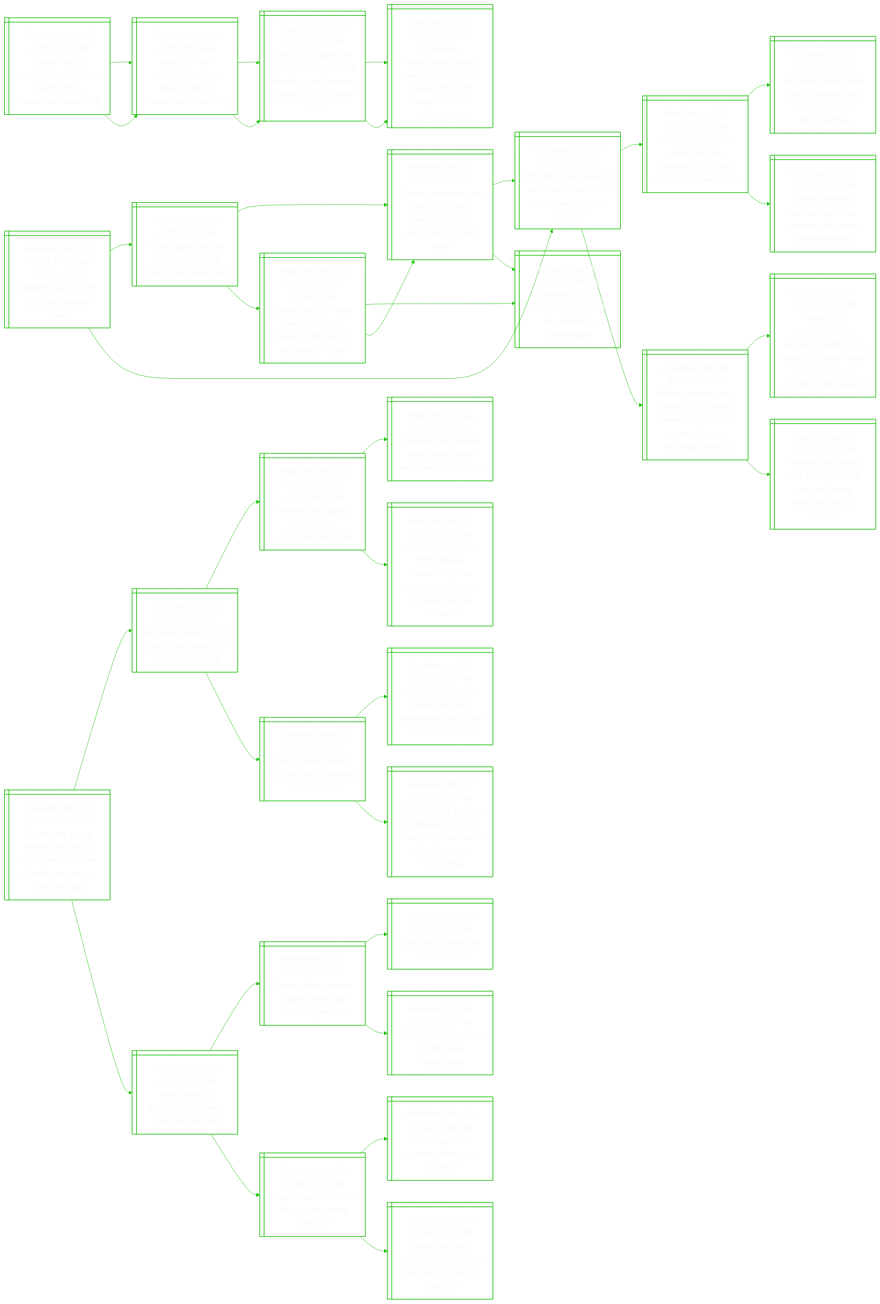
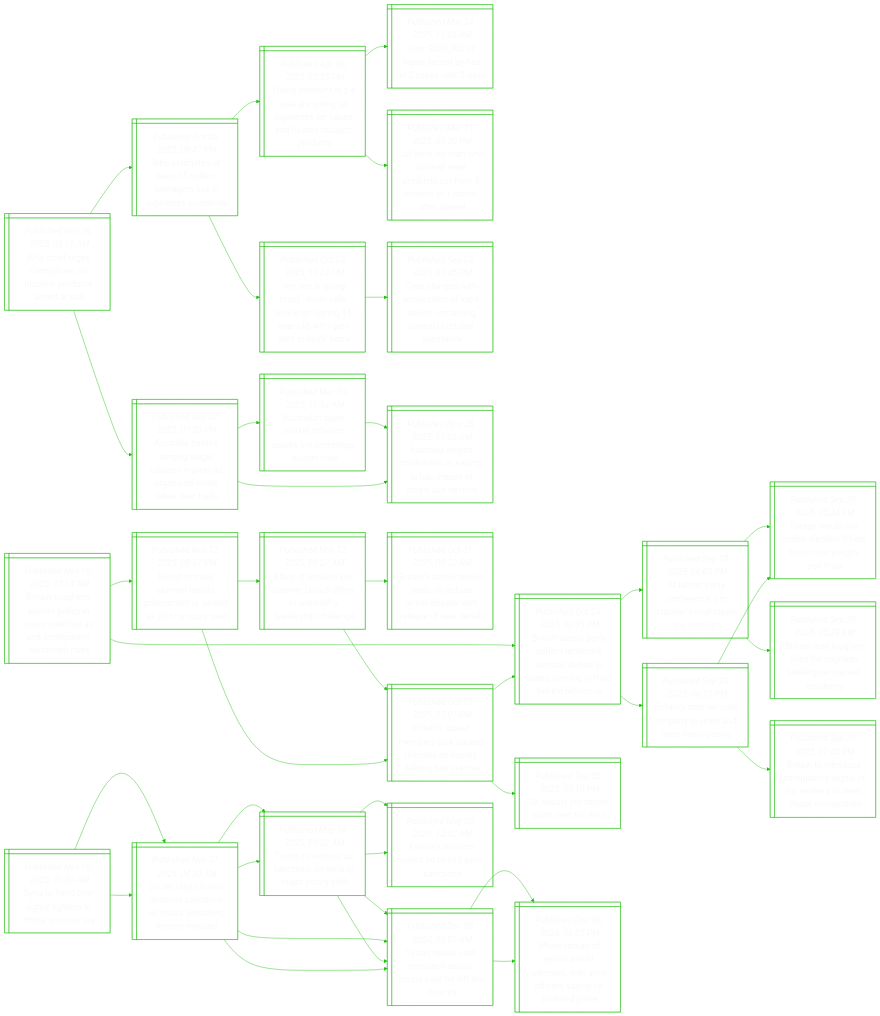
Before and after one commit to notJmes/notJmes: the diagram in README.md, drawn with Mermaid. The commit also changed other lines of this file, not shown here.

````diff
--- a/README.md
+++ b/README.md
@@ -16,118 +16,124 @@
 flowchart LR
 classDef txtsize font-size:20px;
 
-BiCrdgufia@{ shape: win-pane, label: "_Published Nov 17, 2025, 11:28 PM_
-Britain’s bbc ‘determined to fight’ trump defamation claim" }
-Tsieooieet@{ shape: win-pane, label: "_Published Nov 15, 2025, 10:09 AM_
-Trump says will sue bbc for up to $6.4 billion over video edit" }
-TttBhiwaagfio@{ shape: win-pane, label: "_Published Nov 11, 2025, 12:49 AM_
-Trump threatens bbc with $1.3 billion lawsuit as bbc apologises for edit error" }
-Bshfqfroneri@{ shape: win-pane, label: "_Published Nov 10, 2025, 02:45 AM_
-Bbc boss and head of news quit after trump documentary edit criticism" }
-SiUiinenWn@{ shape: win-pane, label: "_Published Jan 07, 2021, 12:55 PM_
-Storming of us capitol: timeline of key events in washington" }
-BiCosueoshrtaoi@{ shape: win-pane, label: "_Published Nov 14, 2025, 05:07 AM_
-Britain’s bbc apologises to trump over panorama speech edit, rejects defamation claim" }
-SiUiinenWn@{ shape: win-pane, label: "_Published Jan 07, 2021, 12:55 PM_
-Storming of us capitol: timeline of key events in washington" }
-TttBhiwaagfio@{ shape: win-pane, label: "_Published Nov 11, 2025, 12:49 AM_
-Trump threatens bbc with $1.3 billion lawsuit as bbc apologises for edit error" }
-Bshfqfroneri@{ shape: win-pane, label: "_Published Nov 10, 2025, 02:45 AM_
-Bbc boss and head of news quit after trump documentary edit criticism" }
-Gonsobhcyerws@{ shape: win-pane, label: "_Published Jul 15, 2025, 01:09 AM_
-Gaza documentary shown on bbc breached accuracy guideline, review finds" }
-UenleewBrdey@{ shape: win-pane, label: "_Published Feb 28, 2025, 11:49 PM_
-Uk government calls urgent meeting with bbc over gaza documentary" }
-IlaaiOwrrBei@{ shape: win-pane, label: "_Published Mar 26, 2025, 03:03 AM_
-Israel releases palestinian oscar winner after west bank detention" }
-BsislBsisedpsnies@{ shape: win-pane, label: "_Published Nov 09, 2025, 09:00 PM_
-British minister says claims bbc misled viewers with edited trump clips are ‘incredibly serious’" }
-TtpswoCooamdphcmvn@{ shape: win-pane, label: "_Published Jan 07, 2021, 06:21 AM_
-Trump tells protesters who stormed capitol to go home as former aides implore him to condemn the violence" }
-PoesToisiewin@{ shape: win-pane, label: "_Published Jul 02, 2025, 02:09 PM_
-Paramount settles with trump over 60 minutes harris interview for $20 million" }
+Wigawindaas@{ shape: win-pane, label: "_Published Nov 18, 2025, 03:16 AM_
+Who chief urges clampdown on nicotine products aimed at kids" }
+Wteeinauitoi@{ shape: win-pane, label: "_Published Oct 06, 2025, 08:47 PM_
+Who estimates at least 15 million teenagers use e-cigarettes worldwide" }
+YsrEavprsantbpc@{ shape: win-pane, label: "_Published Apr 08, 2025, 03:55 PM_
+Young smokers in s-e asia are giving up cigarettes for vapes and heated tobacco products" }
+OfseSavy@{ shape: win-pane, label: "_Published Mar 24, 2025, 11:05 AM_
+Over $200,000 of vapes seized by hsa in 2 cases over 2 days" }
+Jerhkpdcotmaal@{ shape: win-pane, label: "_Published Mar 21, 2025, 09:30 PM_
+Jail term for man who packed vape products cut from 8 months to 1 month after appeal" }
+Minzcpepedenom@{ shape: win-pane, label: "_Published Oct 03, 2025, 12:24 PM_
+‘my son is going crazy’: mum calls police on vaping 15-year-old, who gets sent to boys’ home" }
+Thdpsoectnnrese@{ shape: win-pane, label: "_Published Sep 03, 2025, 03:45 PM_
+Teen charged with possession of vape device containing cannabis-related substance" }
+Aaasiltckoirava@{ shape: win-pane, label: "_Published Nov 07, 2025, 07:30 PM_
+Australia battles surging illegal tobacco market as organised crime takes over trade" }
+Aabmtcaimsee@{ shape: win-pane, label: "_Published Mar 30, 2025, 11:54 AM_
+Australian black market tobacco sparks fire bombings, budget hole" }
+Aaecdnnaosees@{ shape: win-pane, label: "_Published Nov 28, 2023, 11:05 AM_
+Australia begins crackdown on vaping, to ban import of single-use devices" }
+Aaecdnnaosees@{ shape: win-pane, label: "_Published Nov 28, 2023, 11:05 AM_
+Australia begins crackdown on vaping, to ban import of single-use devices" }
 
-BiCrdgufia:::txtsize --> Tsieooieet:::txtsize
-Tsieooieet:::txtsize --> TttBhiwaagfio:::txtsize
-TttBhiwaagfio:::txtsize --> Bshfqfroneri:::txtsize
-TttBhiwaagfio:::txtsize --> SiUiinenWn:::txtsize
-Tsieooieet:::txtsize --> BiCosueoshrtaoi:::txtsize
-BiCosueoshrtaoi:::txtsize --> SiUiinenWn:::txtsize
-BiCosueoshrtaoi:::txtsize --> TttBhiwaagfio:::txtsize
-BiCrdgufia:::txtsize --> Bshfqfroneri:::txtsize
-Bshfqfroneri:::txtsize --> Gonsobhcyerws:::txtsize
-Gonsobhcyerws:::txtsize --> UenleewBrdey:::txtsize
-Gonsobhcyerws:::txtsize --> IlaaiOwrrBei:::txtsize
-Bshfqfroneri:::txtsize --> BsislBsisedpsnies:::txtsize
-BsislBsisedpsnies:::txtsize --> TtpswoCooamdphcmvn:::txtsize
-BsislBsisedpsnies:::txtsize --> PoesToisiewin:::txtsize
+Wigawindaas:::txtsize --> Wteeinauitoi:::txtsize
+Wteeinauitoi:::txtsize --> YsrEavprsantbpc:::txtsize
+YsrEavprsantbpc:::txtsize --> OfseSavy:::txtsize
+YsrEavprsantbpc:::txtsize --> Jerhkpdcotmaal:::txtsize
+Wteeinauitoi:::txtsize --> Minzcpepedenom:::txtsize
+Minzcpepedenom:::txtsize --> Thdpsoectnnrese:::txtsize
+Wigawindaas:::txtsize --> Aaasiltckoirava:::txtsize
+Aaasiltckoirava:::txtsize --> Aabmtcaimsee:::txtsize
+Aabmtcaimsee:::txtsize --> Aaecdnnaosees:::txtsize
+Aaasiltckoirava:::txtsize --> Aaecdnnaosees:::txtsize
 
-Eniaoottopdo@{ shape: win-pane, label: "_Published Nov 17, 2025, 11:21 PM_
-Eleven held in istanbul over tourists’ deaths from suspected poisoning" }
-Ibtaeerdscoi@{ shape: win-pane, label: "_Published Nov 16, 2025, 05:14 AM_
-Istanbul hotel evacuated after 3 tourists die of suspected poisoning" }
-Outosgsewhtihh@{ shape: win-pane, label: "_Published Nov 10, 2025, 04:08 PM_
-Over 200 suspected food poisoning cases linked to two banh mi outlets in ho chi minh city" }
-Ienisfeineedflis@{ shape: win-pane, label: "_Published Oct 30, 2025, 10:25 AM_
-Indonesia investigates more free-meal poisoning cases after 700 students fall ill, official says" }
-Ibtaeerdscoi@{ shape: win-pane, label: "_Published Nov 16, 2025, 05:14 AM_
-Istanbul hotel evacuated after 3 tourists die of suspected poisoning" }
-Outosgsewhtihh@{ shape: win-pane, label: "_Published Nov 10, 2025, 04:08 PM_
-Over 200 suspected food poisoning cases linked to two banh mi outlets in ho chi minh city" }
-Ienisfeineedflis@{ shape: win-pane, label: "_Published Oct 30, 2025, 10:25 AM_
-Indonesia investigates more free-meal poisoning cases after 700 students fall ill, official says" }
+Bigamcavunmtees@{ shape: win-pane, label: "_Published Nov 18, 2025, 02:14 AM_
+Britain toughens asylum policy in major overhaul as anti-immigration sentiment rises" }
+BsorflaenaaoirifK@{ shape: win-pane, label: "_Published Oct 24, 2025, 03:35 PM_
+British labour party suffers landmark election defeat in wales, coming in third behind reform uk" }
+AornnSevehet@{ shape: win-pane, label: "_Published Sep 29, 2025, 06:03 PM_
+At labour party conference, pm starmer’s rival steals the limelight" }
+Fedrhtftruon@{ shape: win-pane, label: "_Published Sep 26, 2025, 05:34 PM_
+Farage would win british election if held tomorrow, yougov poll finds" }
+Biteemnepnen@{ shape: win-pane, label: "_Published Sep 29, 2025, 05:38 AM_
+Britain may toughen rules for migrants seeking permanent residency" }
+Biacotnnpln@{ shape: win-pane, label: "_Published Sep 28, 2025, 06:13 PM_
+Britain’s starmer calls on party to unite and ‘stop navel-gazing’" }
+BinumogIwrellgo@{ shape: win-pane, label: "_Published Sep 26, 2025, 02:42 PM_
+Britain to introduce compulsory digital id for workers to deter illegal immigration" }
+Fedrhtftruon@{ shape: win-pane, label: "_Published Sep 26, 2025, 05:34 PM_
+Farage would win british election if held tomorrow, yougov poll finds" }
+Bseaitennatui@{ shape: win-pane, label: "_Published Nov 12, 2025, 08:37 PM_
+British pm keir starmer insists government is ‘united’ as plot rumours swirl" }
+AsisSenfooeshn@{ shape: win-pane, label: "_Published Nov 12, 2025, 08:27 AM_
+Allies of britain’s keir starmer launch effort to ward off a leadership challenge" }
+Bicestuniersea@{ shape: win-pane, label: "_Published Oct 31, 2025, 08:32 AM_
+Britain’s rachel reeves seeks to defuse rental dispute with release of new details" }
+Bibessdsstyea@{ shape: win-pane, label: "_Published Oct 25, 2025, 07:01 PM_
+Britain’s labour members pick sacked minister as deputy, defying keir starmer" }
+Bibessdsstyea@{ shape: win-pane, label: "_Published Oct 25, 2025, 07:01 PM_
+Britain’s labour members pick sacked minister as deputy, defying keir starmer" }
+UuRrstr@{ shape: win-pane, label: "_Published Sep 05, 2025, 07:10 PM_
+Uk deputy pm rayner quits over tax error" }
+BsorflaenaaoirifK@{ shape: win-pane, label: "_Published Oct 24, 2025, 03:35 PM_
+British labour party suffers landmark election defeat in wales, coming in third behind reform uk" }
 
-Eniaoottopdo:::txtsize --> Ibtaeerdscoi:::txtsize
-Ibtaeerdscoi:::txtsize --> Outosgsewhtihh:::txtsize
-Outosgsewhtihh:::txtsize --> Ienisfeineedflis:::txtsize
-Eniaoottopdo:::txtsize --> Ibtaeerdscoi:::txtsize
-Ibtaeerdscoi:::txtsize --> Outosgsewhtihh:::txtsize
-Outosgsewhtihh:::txtsize --> Ienisfeineedflis:::txtsize
+Bigamcavunmtees:::txtsize --> BsorflaenaaoirifK:::txtsize
+BsorflaenaaoirifK:::txtsize --> AornnSevehet:::txtsize
+AornnSevehet:::txtsize --> Fedrhtftruon:::txtsize
+AornnSevehet:::txtsize --> Biteemnepnen:::txtsize
+BsorflaenaaoirifK:::txtsize --> Biacotnnpln:::txtsize
+Biacotnnpln:::txtsize --> BinumogIwrellgo:::txtsize
+Biacotnnpln:::txtsize --> Fedrhtftruon:::txtsize
+Bigamcavunmtees:::txtsize --> Bseaitennatui:::txtsize
+Bseaitennatui:::txtsize --> AsisSenfooeshn:::txtsize
+AsisSenfooeshn:::txtsize --> Bicestuniersea:::txtsize
+AsisSenfooeshn:::txtsize --> Bibessdsstyea:::txtsize
+Bseaitennatui:::txtsize --> Bibessdsstyea:::txtsize
+Bibessdsstyea:::txtsize --> UuRrstr:::txtsize
+Bibessdsstyea:::txtsize --> BsorflaenaaoirifK:::txtsize
 
-SaoaBlieiedossa@{ shape: win-pane, label: "_Published Nov 17, 2025, 09:37 PM_
-Spain aims to cut madrid-barcelona high speed rail time to under two hours, minister says" }
-EtauiodFfe@{ shape: win-pane, label: "_Published Jun 11, 2025, 07:04 AM_
-Eurostar plans 5-hour trains from london to frankfurt, geneva" }
-Lroinnrsacw@{ shape: win-pane, label: "_Published Feb 16, 2025, 02:35 PM_
-Late trains, old bridges, no signal: germany's infrastructure woes" }
-Gnnemrrhere@{ shape: win-pane, label: "_Published Jan 24, 2024, 03:20 PM_
-German train drivers ramp up pressure with longest strike yet" }
-sfldseisrtortap@{ shape: win-pane, label: "_Published Apr 20, 2023, 06:23 AM_
-100,000 set to face flight delays, cancellations as security staff go on strike at german airports" }
-CttstreFe@{ shape: win-pane, label: "_Published May 18, 2025, 10:30 AM_
-Cat on train tracks? 20 minutes to retrieve it, france says" }
-Fhotntalarvtd@{ shape: win-pane, label: "_Published Jul 04, 2023, 10:55 PM_
-French rail operator fined after train deliberately runs over cat named neko" }
-PtdologsttsMtni@{ shape: win-pane, label: "_Published Mar 27, 2025, 08:00 AM_
-Pet cats and dogs to be allowed on hong kong’s light rail trains from may in two-month trial" }
-Miorieadi@{ shape: win-pane, label: "_Published Aug 11, 2025, 08:07 AM_
-Man clings to austrian high-speed train and survives" }
-Tdelrtarim@{ shape: win-pane, label: "_Published Jul 28, 2025, 03:25 AM_
-Three dead, several injured after train derails in germany" }
-Trtntkn@{ shape: win-pane, label: "_Published Aug 04, 2023, 07:20 PM_
-Thai freight train hits truck, killing 8" }
-Tlnddare@{ shape: win-pane, label: "_Published Jul 30, 2024, 02:40 PM_
-Two killed, 20 injured in india train derailment" }
-Ctckfnst@{ shape: win-pane, label: "_Published Jun 06, 2024, 09:14 AM_
-Czech train crash kills four, injures more than 20" }
-SieuAtcs@{ shape: win-pane, label: "_Published May 11, 2024, 02:06 AM_
-Sixty injured in buenos aires train collision" }
-Ctalonsluutt@{ shape: win-pane, label: "_Published Jan 05, 2024, 11:15 AM_
-Commuter train collision in indonesia kills four, injures at least 42" }
+StdUrtoacy@{ shape: win-pane, label: "_Published Nov 18, 2025, 01:40 AM_
+Syria to hand over uighur fighters to china, sources say" }
+UuCioaoSsiiinr@{ shape: win-pane, label: "_Published Nov 07, 2025, 04:30 AM_
+Un security council removes sanctions on syria’s president, interior minister" }
+Ttosinajlh@{ shape: win-pane, label: "_Published May 14, 2025, 01:02 AM_
+Trump to remove us sanctions on syria in major policy shift" }
+SnltiARahtoy@{ shape: win-pane, label: "_Published Dec 08, 2024, 08:51 AM_
+Syrian rebels oust president assad; russia says he left the country" }
+FerntSsi@{ shape: win-pane, label: "_Published May 08, 2025, 12:42 AM_
+France’s macron wants eu to end syria sanctions" }
+SnltiARahtoy@{ shape: win-pane, label: "_Published Dec 08, 2024, 08:51 AM_
+Syrian rebels oust president assad; russia says he left the country" }
+Wasrsnnafriben@{ shape: win-pane, label: "_Published Dec 08, 2024, 06:07 PM_
+Whereabouts of syria's assad unknown, with army officers saying he boarded plane" }
+UuCioaoSsiiinr@{ shape: win-pane, label: "_Published Nov 07, 2025, 04:30 AM_
+Un security council removes sanctions on syria’s president, interior minister" }
+Ttosinajlh@{ shape: win-pane, label: "_Published May 14, 2025, 01:02 AM_
+Trump to remove us sanctions on syria in major policy shift" }
+SnltiARahtoy@{ shape: win-pane, label: "_Published Dec 08, 2024, 08:51 AM_
+Syrian rebels oust president assad; russia says he left the country" }
+FerntSsi@{ shape: win-pane, label: "_Published May 08, 2025, 12:42 AM_
+France’s macron wants eu to end syria sanctions" }
+SnltiARahtoy@{ shape: win-pane, label: "_Published Dec 08, 2024, 08:51 AM_
+Syrian rebels oust president assad; russia says he left the country" }
+Wasrsnnafriben@{ shape: win-pane, label: "_Published Dec 08, 2024, 06:07 PM_
+Whereabouts of syria's assad unknown, with army officers saying he boarded plane" }
 
-SaoaBlieiedossa:::txtsize --> EtauiodFfe:::txtsize
-EtauiodFfe:::txtsize --> Lroinnrsacw:::txtsize
-Lroinnrsacw:::txtsize --> Gnnemrrhere:::txtsize
-Lroinnrsacw:::txtsize --> sfldseisrtortap:::txtsize
-EtauiodFfe:::txtsize --> CttstreFe:::txtsize
-CttstreFe:::txtsize --> Fhotntalarvtd:::txtsize
-CttstreFe:::txtsize --> PtdologsttsMtni:::txtsize
-SaoaBlieiedossa:::txtsize --> Miorieadi:::txtsize
-Miorieadi:::txtsize --> Tdelrtarim:::txtsize
-Tdelrtarim:::txtsize --> Trtntkn:::txtsize
-Tdelrtarim:::txtsize --> Tlnddare:::txtsize
-Miorieadi:::txtsize --> Ctckfnst:::txtsize
-Ctckfnst:::txtsize --> SieuAtcs:::txtsize
-Ctckfnst:::txtsize --> Ctalonsluutt:::txtsize
+StdUrtoacy:::txtsize --> UuCioaoSsiiinr:::txtsize
+UuCioaoSsiiinr:::txtsize --> Ttosinajlh:::txtsize
+Ttosinajlh:::txtsize --> SnltiARahtoy:::txtsize
+Ttosinajlh:::txtsize --> FerntSsi:::txtsize
+UuCioaoSsiiinr:::txtsize --> SnltiARahtoy:::txtsize
+SnltiARahtoy:::txtsize --> Wasrsnnafriben:::txtsize
+StdUrtoacy:::txtsize --> UuCioaoSsiiinr:::txtsize
+UuCioaoSsiiinr:::txtsize --> Ttosinajlh:::txtsize
+Ttosinajlh:::txtsize --> SnltiARahtoy:::txtsize
+Ttosinajlh:::txtsize --> FerntSsi:::txtsize
+UuCioaoSsiiinr:::txtsize --> SnltiARahtoy:::txtsize
+SnltiARahtoy:::txtsize --> Wasrsnnafriben:::txtsize
 
 ```
````
